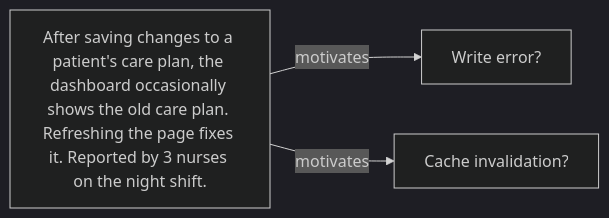
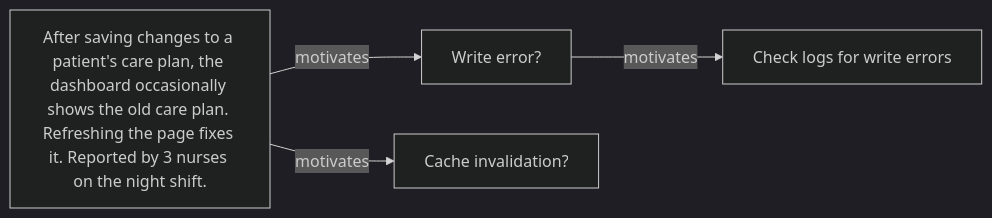
The diagram in diagrams/bug.mmd (kahunacohen/why), drawn with Mermaid (dark theme) before and after one commit.

```diff
--- a/diagrams/bug.mmd
+++ b/diagrams/bug.mmd
@@ -1,12 +1,15 @@
 %% Bug report: After saving changes to a patient's care plan, the dashboard occasionally shows the old care plan. Refreshing the page fixes it. Reported by 3 nurses on the night shift.
 %% Root cause: The care plan save endpoint updates a care_plan_notes table but doesn't touch the main care_plans record. The cache invalidation job checks care_plans.updated_at to decide what to evict. Since that timestamp never changes, the job skips it, and the cache keeps
 %% serving the old care plan.
 
 flowchart LR
 
 B1["After saving changes to a patient's care plan, the dashboard occasionally shows the old care plan. Refreshing the page fixes it. Reported by 3 nurses on the night shift."]
 H1["Write error?"]
 H2["Cache invalidation?"]
 
 B1 --> |motivates| H1
 B1 --> |motivates| H2
+
+A1["Check logs for write errors"]
+H1 --> |motivates| A1
```
